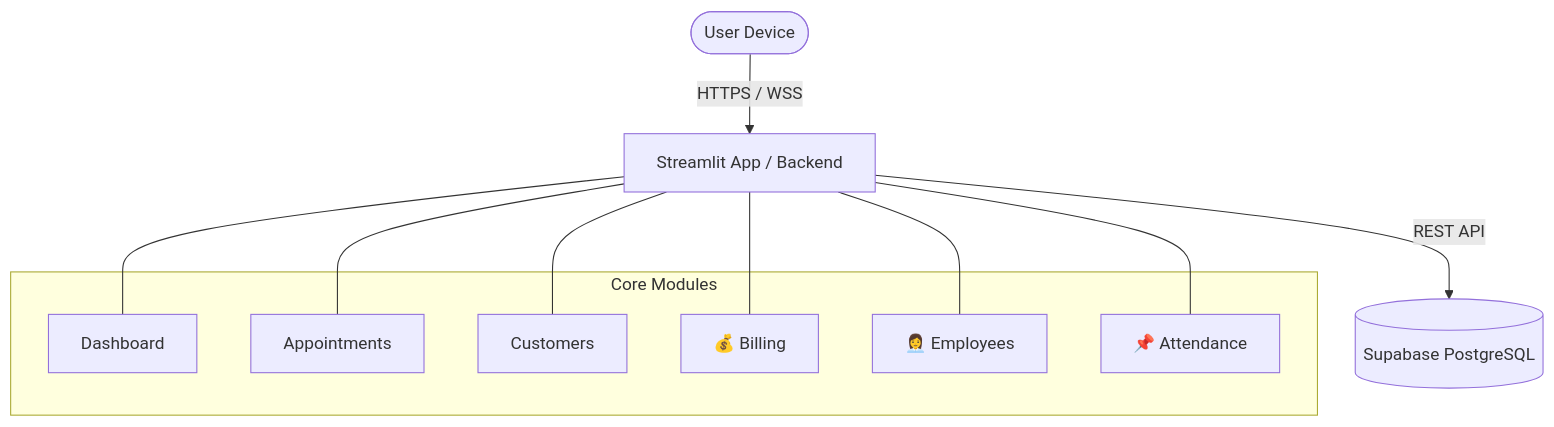
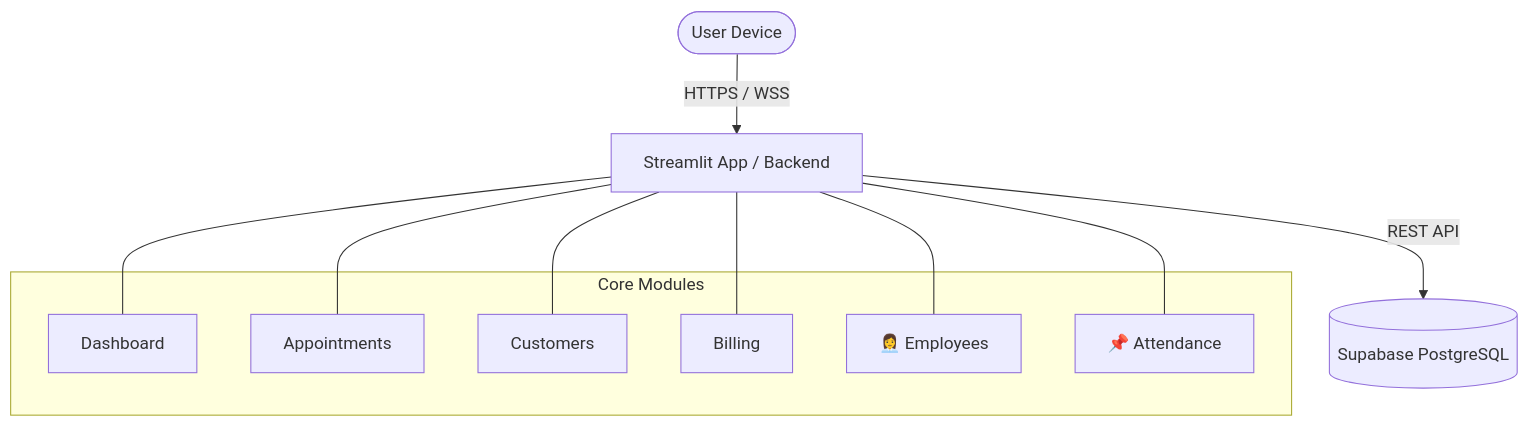
Before and after one commit to ItsMeTinku/Salon-Management-System: the first of 2 diagrams in README.md, drawn with Mermaid.

Commit message:
Remove emoji from Billing section in README

````diff
--- a/README.md
+++ b/README.md
@@ -69,21 +69,21 @@
 ```mermaid
 graph TD
     User([User Device]) -->|HTTPS / WSS| Streamlit[Streamlit App / Backend]
     Streamlit -->|REST API| Supabase[(Supabase PostgreSQL)]
     
     subgraph Core Modules
         Dashboard[ Dashboard]
         Appointments[ Appointments]
         Customers[ Customers]
-        Billing[💰 Billing]
+        Billing[ Billing]
         Employees[👩‍💼 Employees]
         Attendance[📌 Attendance]
     end
     
     Streamlit --- Dashboard
     Streamlit --- Appointments
     Streamlit --- Customers
     Streamlit --- Billing
     Streamlit --- Employees
     Streamlit --- Attendance
 ```
````
